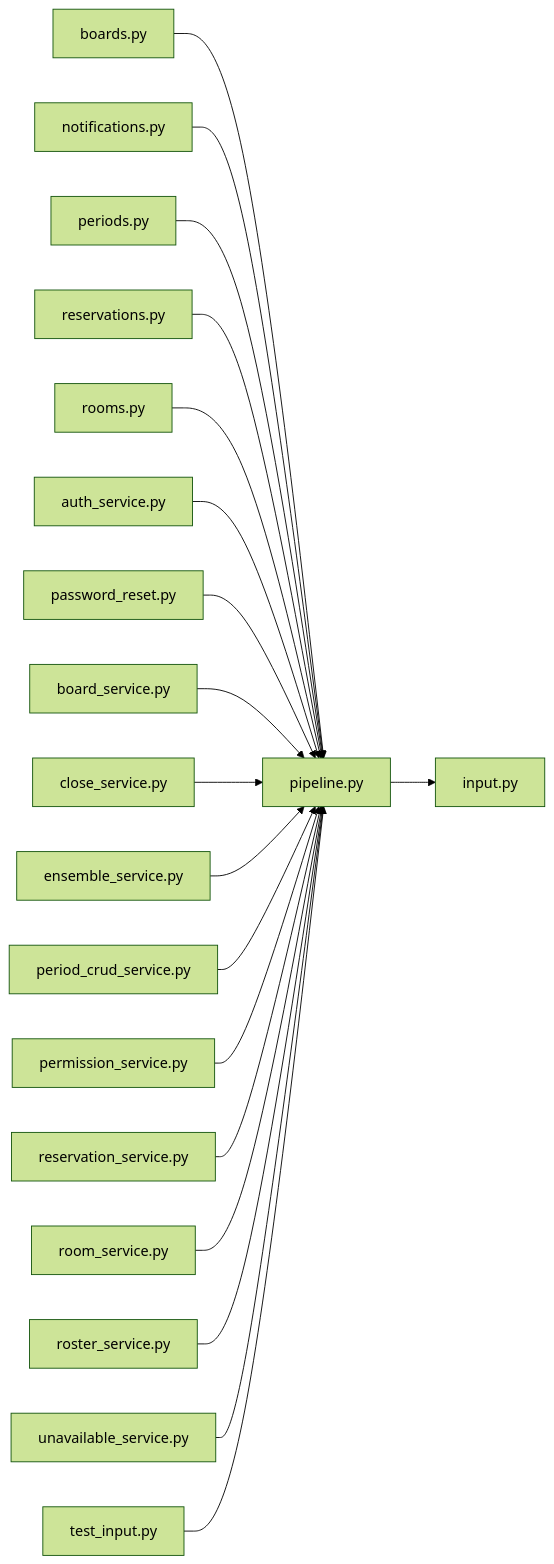
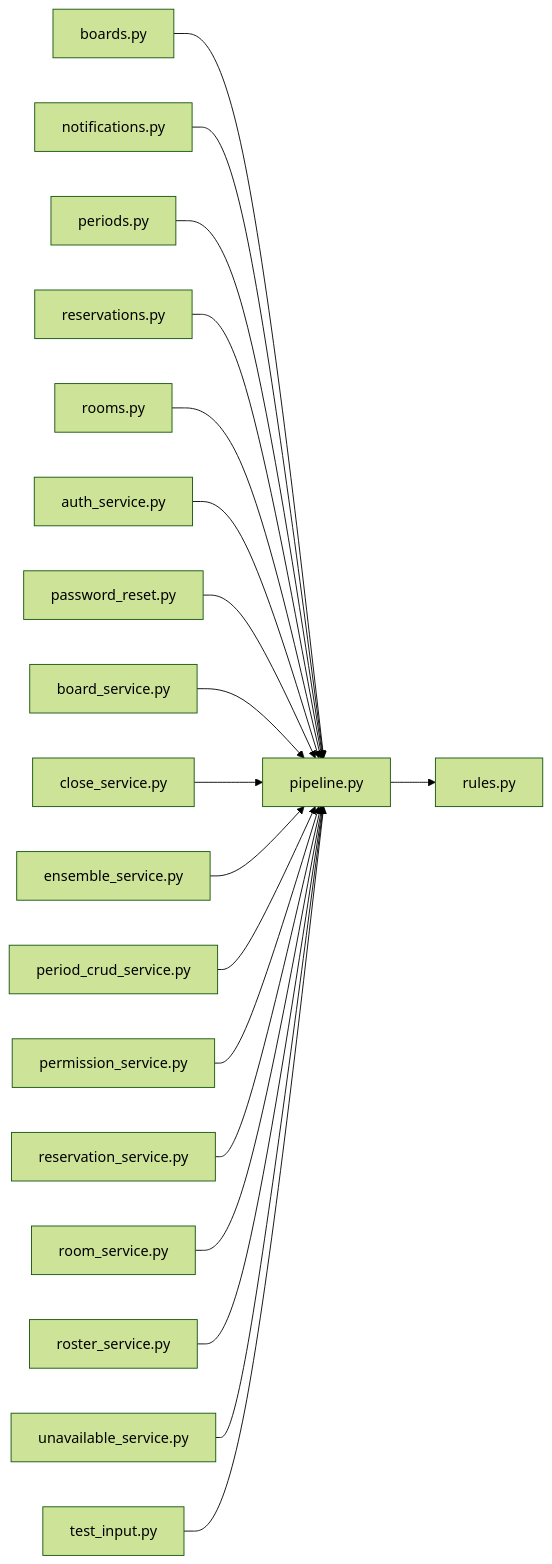
One commit to minkong-dev/Banblit changed the diagram in .cluedoc/graph/backend/src/backend/services/validation/pipeline.md. Above: the diagram before and after it, drawn with Mermaid (forest theme). The commit also changed other lines of this file and 75 other files, not shown here.

````diff
--- a/.cluedoc/graph/backend/src/backend/services/validation/pipeline.md
+++ b/.cluedoc/graph/backend/src/backend/services/validation/pipeline.md
@@ -10,22 +10,22 @@
 ```mermaid
 flowchart LR
   backend_src_backend_services_validation_pipeline["pipeline.py"]
-  backend_src_backend_services_validation_pipeline --> backend_src_backend_services_validation_input["input.py"]
+  backend_src_backend_services_validation_pipeline --> backend_src_backend_services_validation_rules["rules.py"]
   backend_src_backend_api_routers_boards["boards.py"] --> backend_src_backend_services_validation_pipeline
   backend_src_backend_api_routers_notifications["notifications.py"] --> backend_src_backend_services_validation_pipeline
   backend_src_backend_api_routers_periods["periods.py"] --> backend_src_backend_services_validation_pipeline
   backend_src_backend_api_routers_reservations["reservations.py"] --> backend_src_backend_services_validation_pipeline
   backend_src_backend_api_routers_rooms["rooms.py"] --> backend_src_backend_services_validation_pipeline
   backend_src_backend_services_auth_auth_service["auth_service.py"] --> backend_src_backend_services_validation_pipeline
   backend_src_backend_services_auth_password_reset["password_reset.py"] --> backend_src_backend_services_validation_pipeline
   backend_src_backend_services_board_board_service["board_service.py"] --> backend_src_backend_services_validation_pipeline
   backend_src_backend_services_period_close_service["close_service.py"] --> backend_src_backend_services_validation_pipeline
   backend_src_backend_services_period_ensemble_service["ensemble_service.py"] --> backend_src_backend_services_validation_pipeline
   backend_src_backend_services_period_period_crud_service["period_crud_service.py"] --> backend_src_backend_services_validation_pipeline
   backend_src_backend_services_permission_permission_service["permission_service.py"] --> backend_src_backend_services_validation_pipeline
   backend_src_backend_services_reservation_reservation_service["reservation_service.py"] --> backend_src_backend_services_validation_pipeline
   backend_src_backend_services_room_room_service["room_service.py"] --> backend_src_backend_services_validation_pipeline
   backend_src_backend_services_roster_roster_service["roster_service.py"] --> backend_src_backend_services_validation_pipeline
   backend_src_backend_services_unavailable_unavailable_service["unavailable_service.py"] --> backend_src_backend_services_validation_pipeline
   backend_tests_unit_test_input["test_input.py"] --> backend_src_backend_services_validation_pipeline
 ```
````
